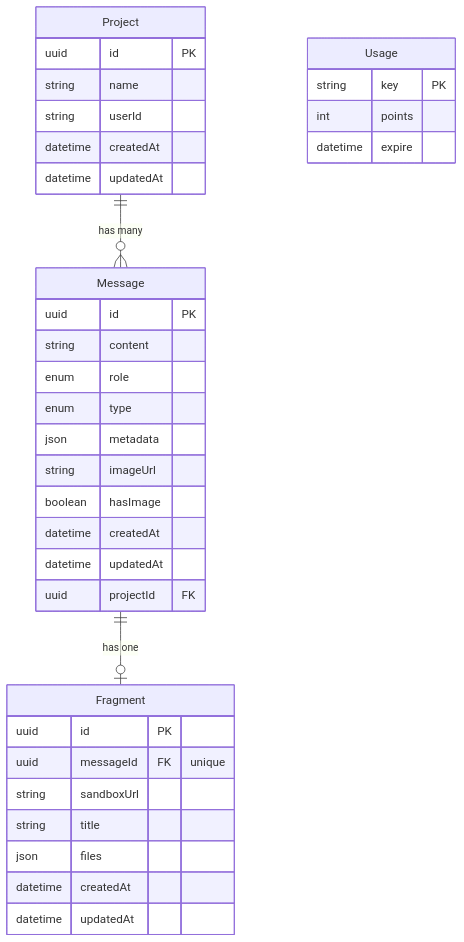
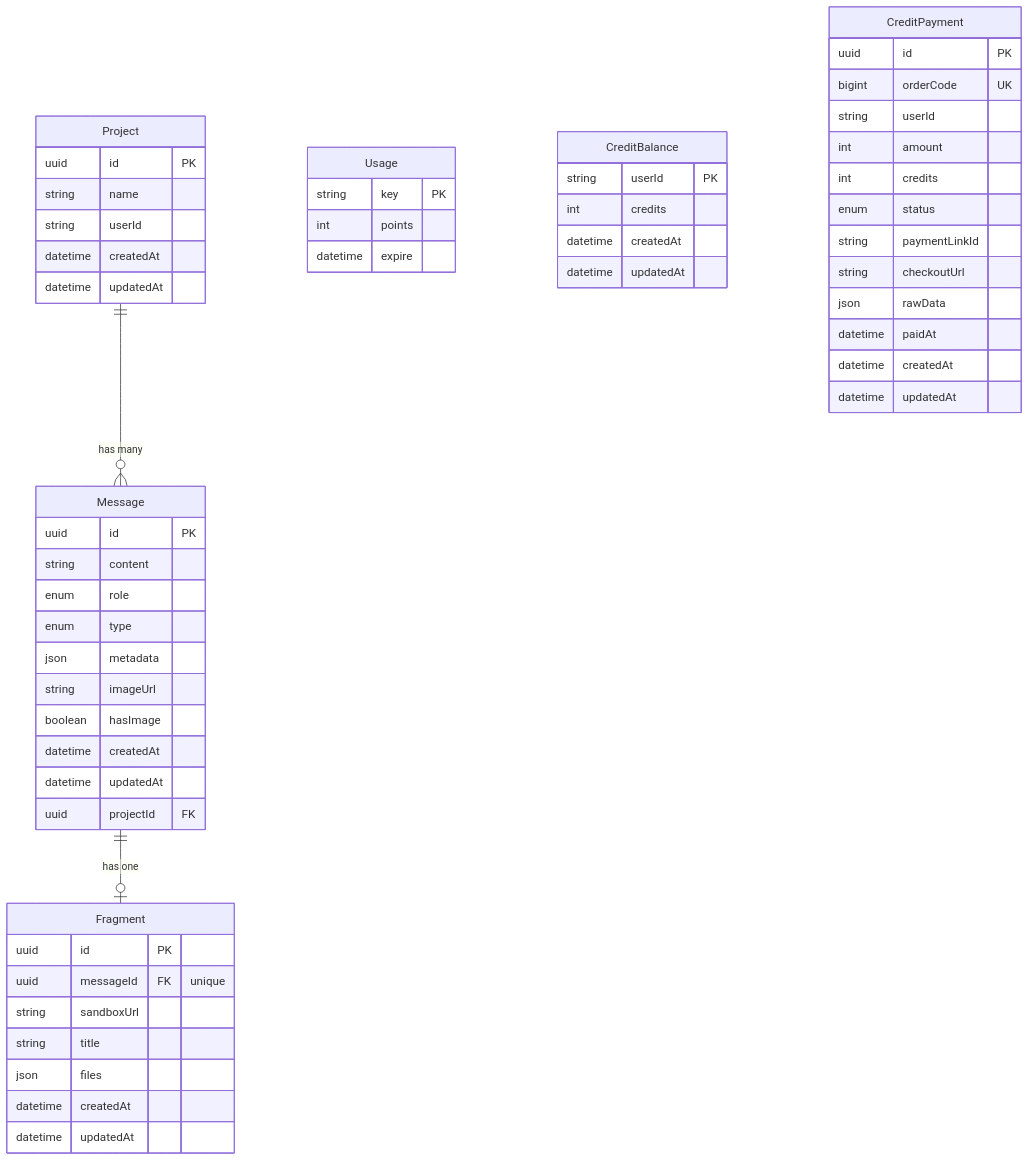
Before and after one commit to trantuanhung1209/u_vibe: the diagram in docs/DATABASE-SCHEMA.md, drawn with Mermaid. The commit also changed other lines of this file and 7 other files, not shown here.

````diff
--- a/docs/DATABASE-SCHEMA.md
+++ b/docs/DATABASE-SCHEMA.md
@@ -5,41 +5,63 @@
 ```mermaid
 erDiagram
     Project ||--o{ Message : "has many"
     Message ||--o| Fragment : "has one"
     Usage {
         string key PK
         int points
         datetime expire
+    }
+
+    CreditBalance {
+        string userId PK
+        int credits
+        datetime createdAt
+        datetime updatedAt
+    }
+
+    CreditPayment {
+        uuid id PK
+        bigint orderCode UK
+        string userId
+        int amount
+        int credits
+        enum status
+        string paymentLinkId
+        string checkoutUrl
+        json rawData
+        datetime paidAt
+        datetime createdAt
+        datetime updatedAt
     }
 
     Project {
         uuid id PK
         string name
         string userId
         datetime createdAt
         datetime updatedAt
     }
 
     Message {
         uuid id PK
         string content
         enum role
         enum type
         json metadata
         string imageUrl
         boolean hasImage
         datetime createdAt
         datetime updatedAt
         uuid projectId FK
     }
 
     Fragment {
         uuid id PK
         uuid messageId FK "unique"
         string sandboxUrl
         string title
         json files
         datetime createdAt
         datetime updatedAt
     }
 ```
````
